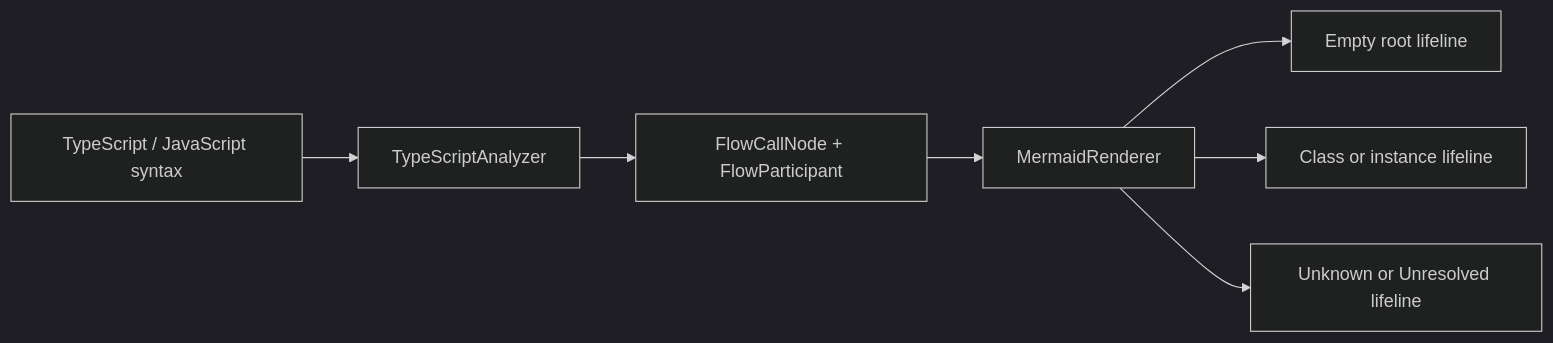
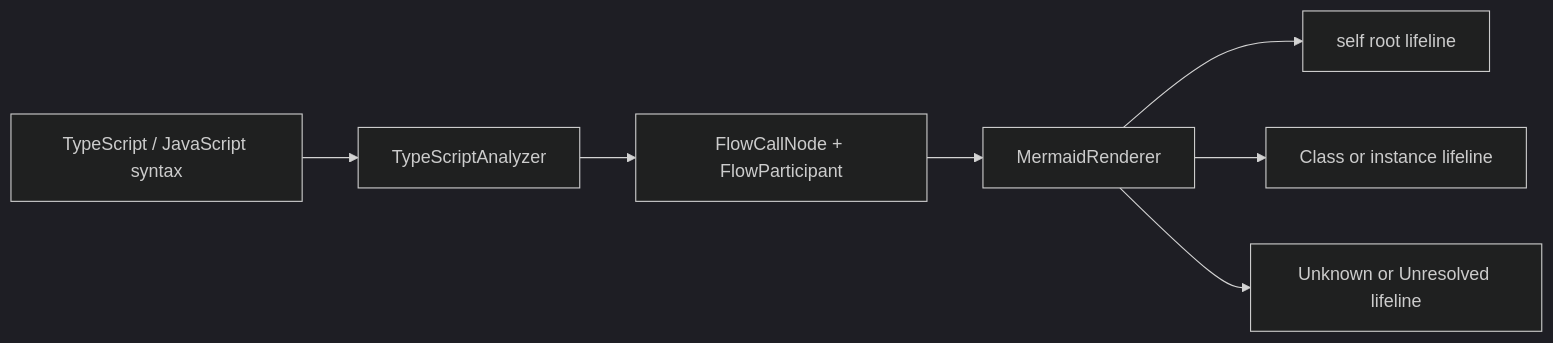
The seventh of 7 diagrams in .kiro/specs/function-flow-visualization/design.md (Glitch-Sound/GlitchLens), drawn with Mermaid (dark theme) before and after one commit. The commit also changed other lines of this file and 14 other files, not shown here.

First line of the commit message:
feat: Update function flow visualization to use 'self' for the root participant

````diff
--- a/.kiro/specs/function-flow-visualization/design.md
+++ b/.kiro/specs/function-flow-visualization/design.md
@@ -1167,9 +1167,9 @@
 ```mermaid
 flowchart LR
     Syntax[TypeScript / JavaScript syntax] --> Analyzer[TypeScriptAnalyzer]
     Analyzer --> Call[FlowCallNode + FlowParticipant]
     Call --> Renderer[MermaidRenderer]
-    Renderer --> Root[Empty root lifeline]
+    Renderer --> Root[self root lifeline]
     Renderer --> Target[Class or instance lifeline]
     Renderer --> Fallback[Unknown or Unresolved lifeline]
 ```
````
